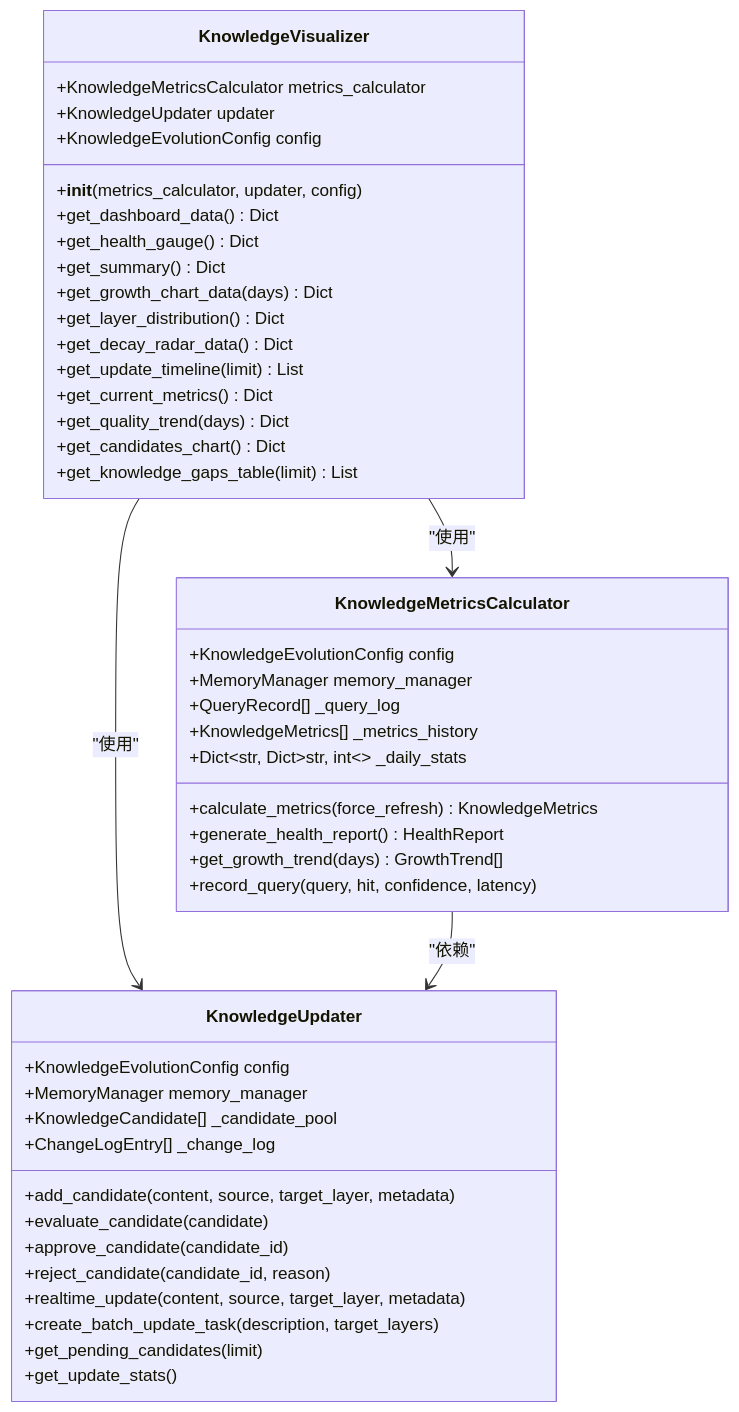
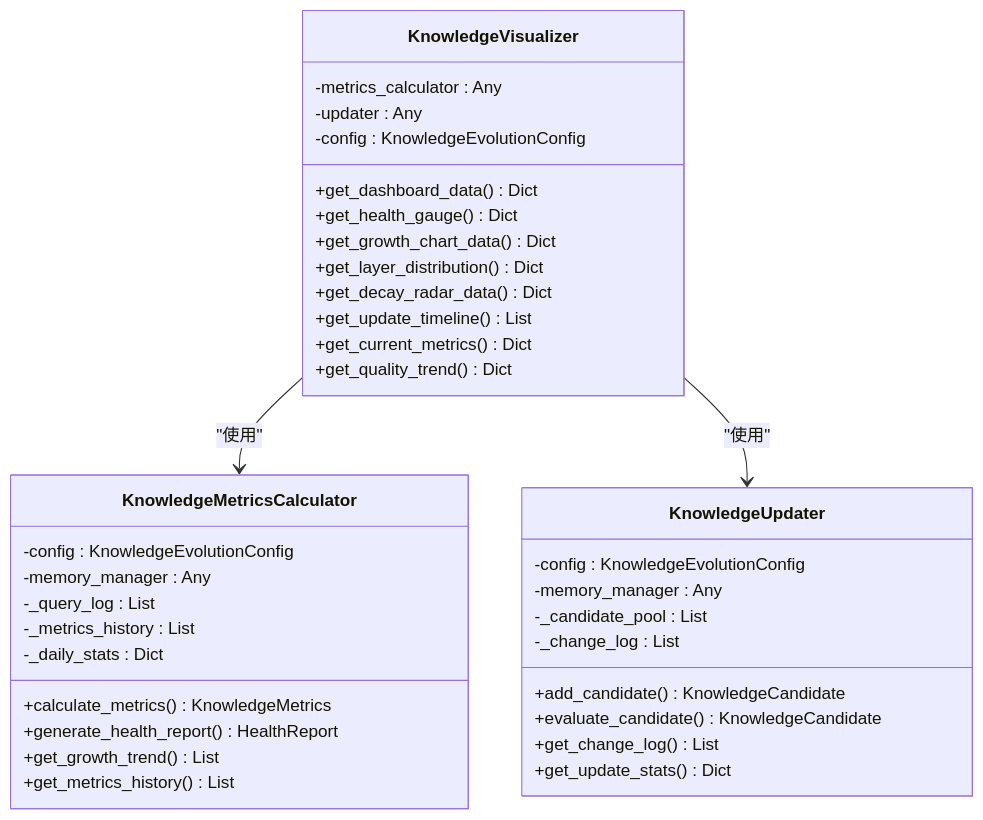
One commit to JieGaoPrinceton/NecoRAG changed the third of 5 diagrams in .qoder/repowiki/zh/content/知识演化系统/可视化仪表板.md. Above: the diagram before and after it, drawn with Mermaid. The commit also changed other lines of this file and 181 other files, not shown here.

````diff
--- a/.qoder/repowiki/zh/content/知识演化系统/可视化仪表板.md
+++ b/.qoder/repowiki/zh/content/知识演化系统/可视化仪表板.md
@@ -214,48 +148,39 @@
 ```mermaid
 classDiagram
 class KnowledgeVisualizer {
-+KnowledgeMetricsCalculator metrics_calculator
-+KnowledgeUpdater updater
-+KnowledgeEvolutionConfig config
-+__init__(metrics_calculator, updater, config)
+-metrics_calculator : Any
+-updater : Any
+-config : KnowledgeEvolutionConfig
 +get_dashboard_data() Dict
 +get_health_gauge() Dict
-+get_summary() Dict
-+get_growth_chart_data(days) Dict
++get_growth_chart_data() Dict
 +get_layer_distribution() Dict
 +get_decay_radar_data() Dict
-+get_update_timeline(limit) List
++get_update_timeline() List
 +get_current_metrics() Dict
-+get_quality_trend(days) Dict
-+get_candidates_chart() Dict
-+get_knowledge_gaps_table(limit) List
++get_quality_trend() Dict
 }
 class KnowledgeMetricsCalculator {
-+KnowledgeEvolutionConfig config
-+MemoryManager memory_manager
-+QueryRecord[] _query_log
-+KnowledgeMetrics[] _metrics_history
-+Dict~str, Dict~str, int~~ _daily_stats
-+calculate_metrics(force_refresh) KnowledgeMetrics
+-config : KnowledgeEvolutionConfig
+-memory_manager : Any
+-_query_log : List
+-_metrics_history : List
+-_daily_stats : Dict
++calculate_metrics() KnowledgeMetrics
 +generate_health_report() HealthReport
-+get_growth_trend(days) GrowthTrend[]
-+record_query(query, hit, confidence, latency)
++get_growth_trend() List
++get_metrics_history() List
 }
 class KnowledgeUpdater {
-+KnowledgeEvolutionConfig config
-+MemoryManager memory_manager
-+KnowledgeCandidate[] _candidate_pool
-+ChangeLogEntry[] _change_log
-+add_candidate(content, source, target_layer, metadata)
-+evaluate_candidate(candidate)
-+approve_candidate(candidate_id)
-+reject_candidate(candidate_id, reason)
-+realtime_update(content, source, target_layer, metadata)
-+create_batch_update_task(description, target_layers)
-+get_pending_candidates(limit)
-+get_update_stats()
+-config : KnowledgeEvolutionConfig
+-memory_manager : Any
+-_candidate_pool : List
+-_change_log : List
++add_candidate() KnowledgeCandidate
++evaluate_candidate() KnowledgeCandidate
++get_change_log() List
++get_update_stats() Dict
 }
 KnowledgeVisualizer --> KnowledgeMetricsCalculator : "使用"
 KnowledgeVisualizer --> KnowledgeUpdater : "使用"
-KnowledgeMetricsCalculator --> KnowledgeUpdater : "依赖"
 ```
````
